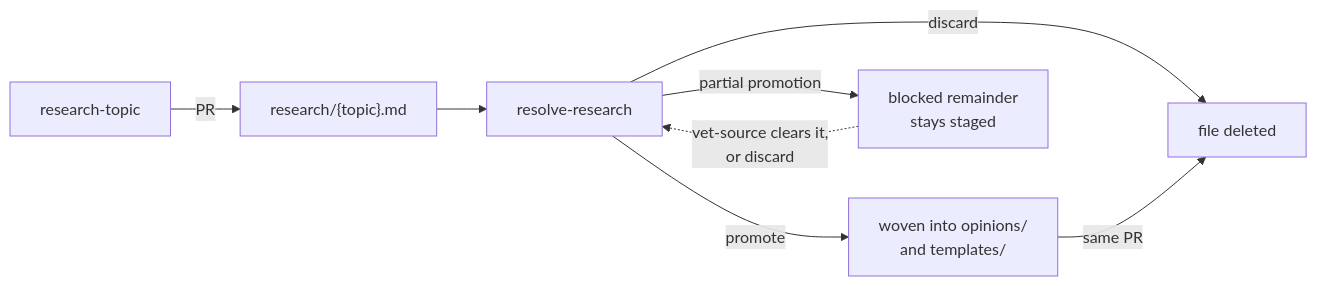
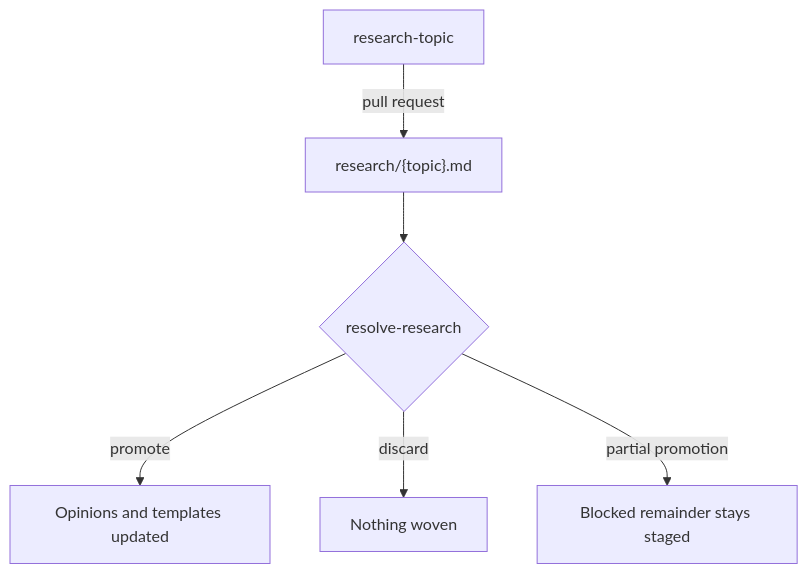
One commit to si618/dotnet-awesome-humans changed the second of 2 diagrams in README.md. Above: the diagram before and after it, drawn with Mermaid. The commit also changed other lines of this file, not shown here.

First line of the commit message:
docs: redraw both README diagrams as top-down fan-outs (#56)

````diff
--- a/README.md
+++ b/README.md
@@ -144,10 +138,8 @@
 ```mermaid
-flowchart LR
-    research["research-topic"] -->|"PR"| staged["research/{topic}.md"]
-    staged --> resolve["resolve-research"]
-    resolve -->|"promote"| woven["woven into opinions/<br>and templates/"]
-    resolve -->|"discard"| deleted["file deleted"]
-    woven -->|"same PR"| deleted
-    resolve -->|"partial promotion"| remainder["blocked remainder<br>stays staged"]
-    remainder -.->|"vet-source clears it,<br>or discard"| resolve
+flowchart TD
+    research["research-topic"] -->|"pull request"| staged["research/{topic}.md"]
+    staged --> resolve{"resolve-research"}
+    resolve -->|"promote"| woven["Opinions and templates updated"]
+    resolve -->|"discard"| dropped["Nothing woven"]
+    resolve -->|"partial promotion"| remainder["Blocked remainder stays staged"]
 ```
````
